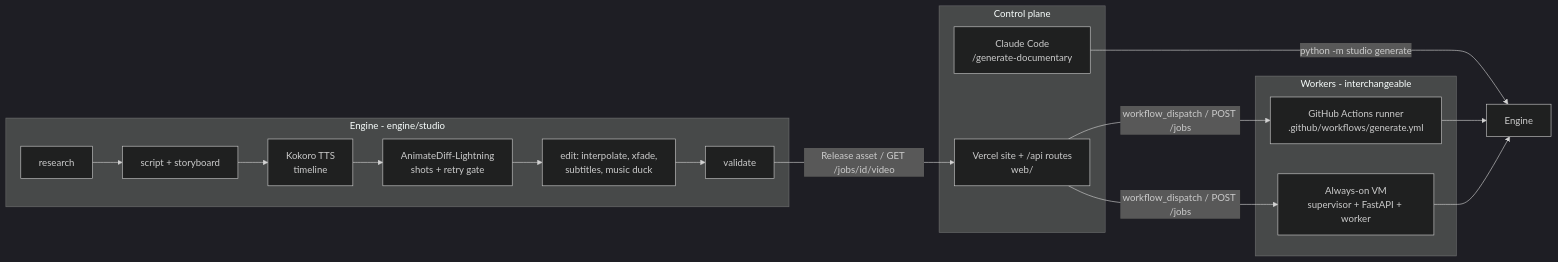
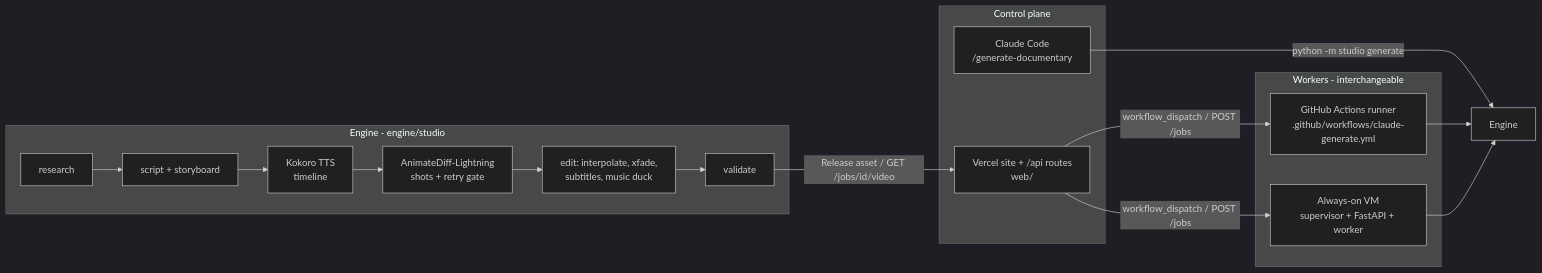
One commit to Sthmpe/my-ai-video-studio changed the diagram in docs/ARCHITECTURE.md. Above: the diagram before and after it, drawn with Mermaid (dark theme). The commit also changed 14 other files, not shown here.

````diff
--- a/docs/ARCHITECTURE.md
+++ b/docs/ARCHITECTURE.md
@@ -3,18 +3,18 @@
 ```mermaid
 flowchart LR
   subgraph Control plane
     V[Vercel site + /api routes<br/>web/]
     CC[Claude Code<br/>/generate-documentary]
   end
   subgraph Workers - interchangeable
-    GA[GitHub Actions runner<br/>.github/workflows/generate.yml]
+    GA[GitHub Actions runner<br/>.github/workflows/claude-generate.yml]
     VM[Always-on VM<br/>supervisor + FastAPI + worker]
   end
   subgraph Engine - engine/studio
     R[research] --> S[script + storyboard] --> T[Kokoro TTS<br/>timeline] --> G[AnimateDiff-Lightning<br/>shots + retry gate] --> E[edit: interpolate, xfade,<br/>subtitles, music duck] --> Q[validate]
   end
   V -- workflow_dispatch / POST /jobs --> GA & VM
   CC -- python -m studio generate --> Engine
   GA & VM --> Engine
   Q -- Release asset / GET /jobs/id/video --> V
 ```
````
